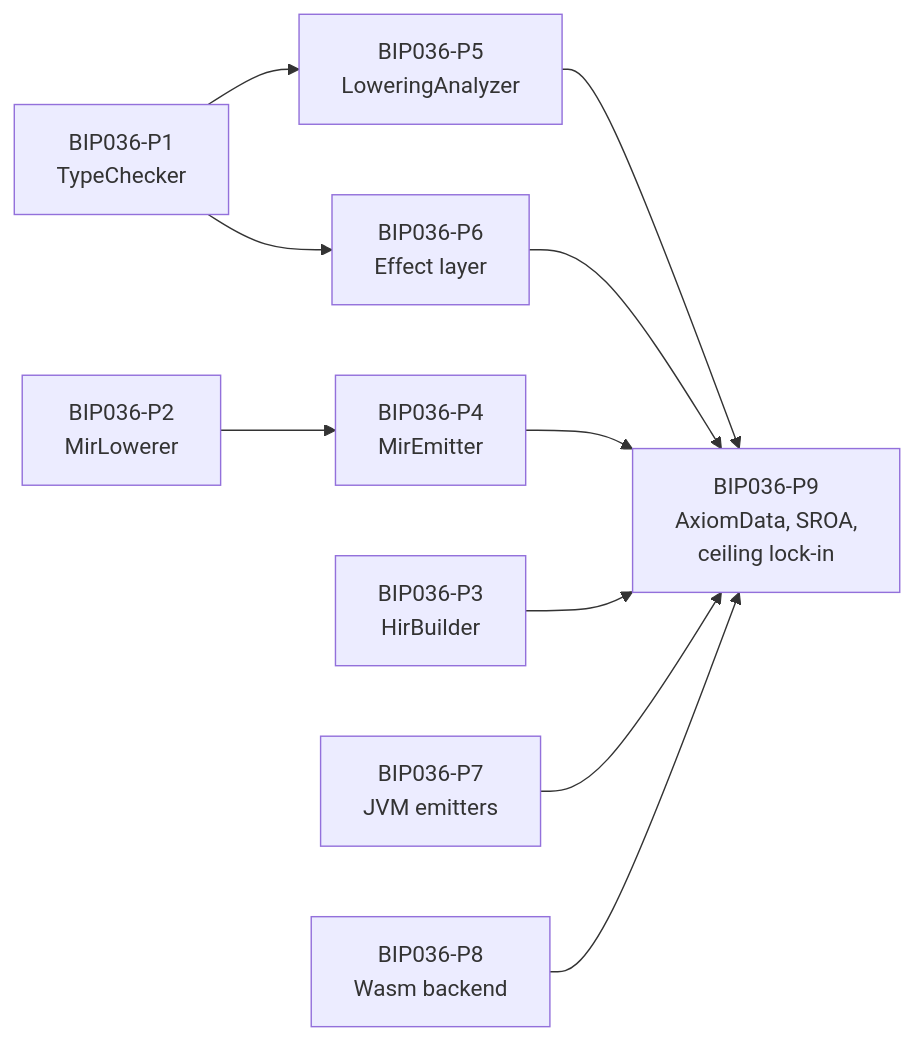
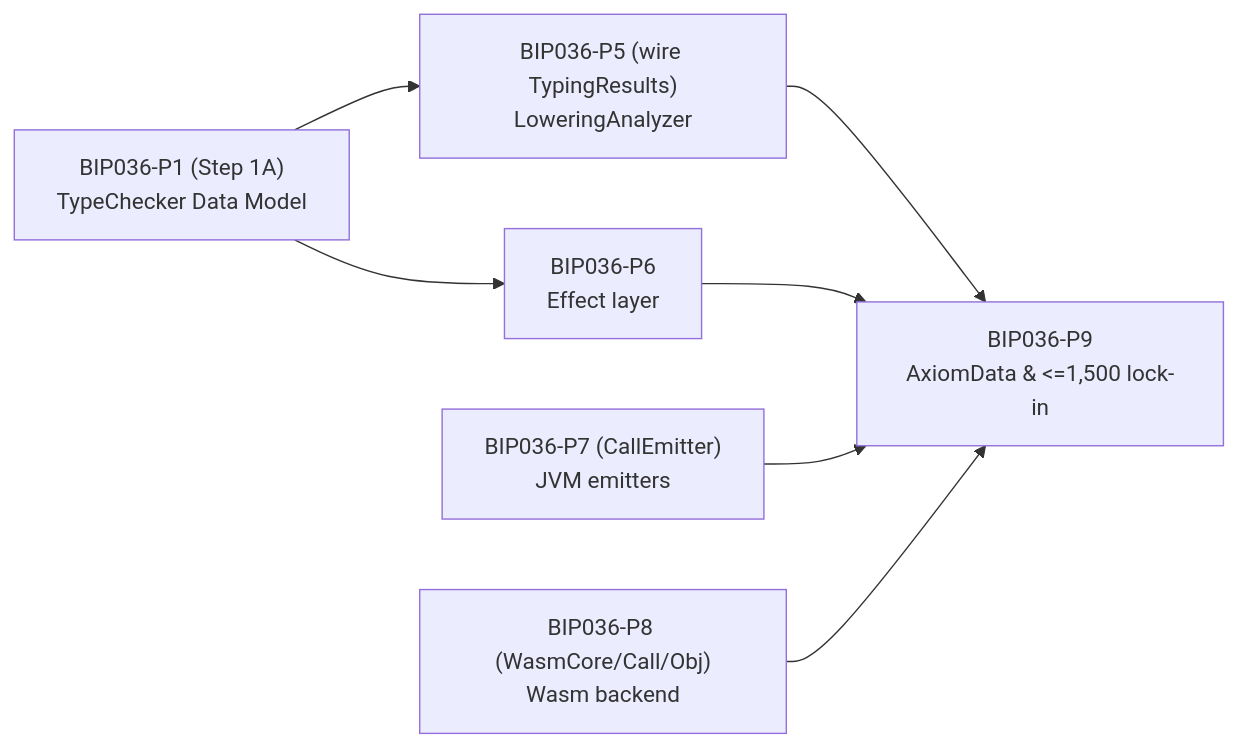
The first of 3 diagrams in docs/design/bip036_compiler-simplification-and-god-class-splits.md (nlehuen/babble), drawn with Mermaid before and after one commit. The commit also changed other lines of this file and 8 other files, not shown here.

Commit message:
Docs : refresh design docs, architecture, and README after BIP037–BIP041

````diff
--- a/docs/design/bip036_compiler-simplification-and-god-class-splits.md
+++ b/docs/design/bip036_compiler-simplification-and-god-class-splits.md
@@ -100,15 +95,11 @@
 ```mermaid
 flowchart LR
-    P1["BIP036-P1\nTypeChecker"] --> P5["BIP036-P5\nLoweringAnalyzer"]
+    P1["BIP036-P1 (Step 1A)\nTypeChecker Data Model"] --> P5["BIP036-P5 (wire TypingResults)\nLoweringAnalyzer"]
     P1 --> P6["BIP036-P6\nEffect layer"]
-    P2["BIP036-P2\nMirLowerer"] --> P4["BIP036-P4\nMirEmitter"]
-    P3["BIP036-P3\nHirBuilder"]
-    P7["BIP036-P7\nJVM emitters"]
-    P8["BIP036-P8\nWasm backend"]
-    P5 --> P9["BIP036-P9\nAxiomData, SROA,\nceiling lock-in"]
+    P7["BIP036-P7 (CallEmitter)\nJVM emitters"]
+    P8["BIP036-P8 (WasmCore/Call/Obj)\nWasm backend"]
+    P5 --> P9["BIP036-P9\nAxiomData & <=1,500 lock-in"]
     P6 --> P9
-    P4 --> P9
-    P3 --> P9
     P7 --> P9
     P8 --> P9
 ```
````
